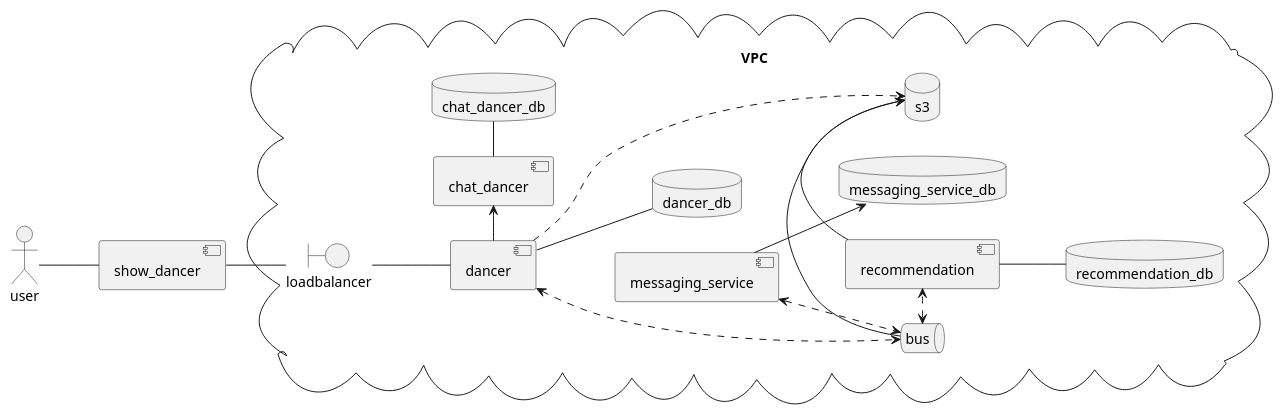
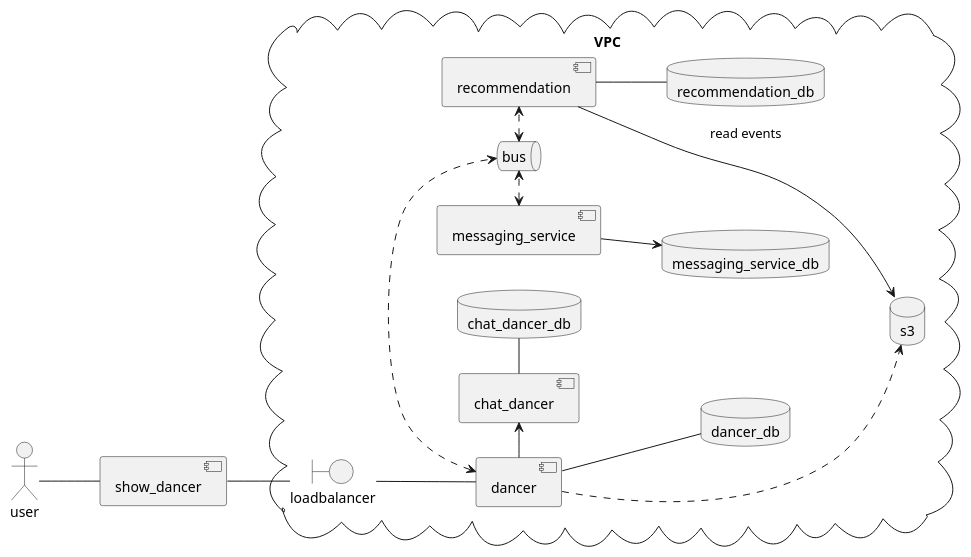
Before and after one commit to dancier/documentation: the first of 5 diagrams in src/main/jbake/content/documentation/arc42/src/04_solution_strategy.adoc, drawn with PlantUML.

Commit message:
no direct aysychronous connections in solution design

```diff
--- a/src/main/jbake/content/documentation/arc42/src/04_solution_strategy.adoc
+++ b/src/main/jbake/content/documentation/arc42/src/04_solution_strategy.adoc
@@ -6,47 +6,45 @@
 [plantuml, high-level-architecture, svg]
 ....
 @startuml
 left to right direction
 actor user
 component show_dancer
 cloud VPC {
    boundary loadbalancer
 
    component messaging_service
    database messaging_service_db
 
    component dancer
    database dancer_db
 
    component chat_dancer
    database  chat_dancer_db
 
    component recommendation
    database recommendation_db
 
    database s3
 
    queue bus
 }
 user -- show_dancer
 show_dancer -- loadbalancer
 loadbalancer -- dancer
 dancer -- dancer_db
 dancer ...> s3
 dancer -> chat_dancer
 
-recommendation -> s3
+recommendation -> s3 : read events
 recommendation -- recommendation_db
 
 chat_dancer - chat_dancer_db
 
 dancer <.> bus
 bus <.> recommendation
 
-bus -> s3
-
-messaging_service <..> bus
+messaging_service <.> bus
 messaging_service --> messaging_service_db
 
 @enduml
 ....
```
